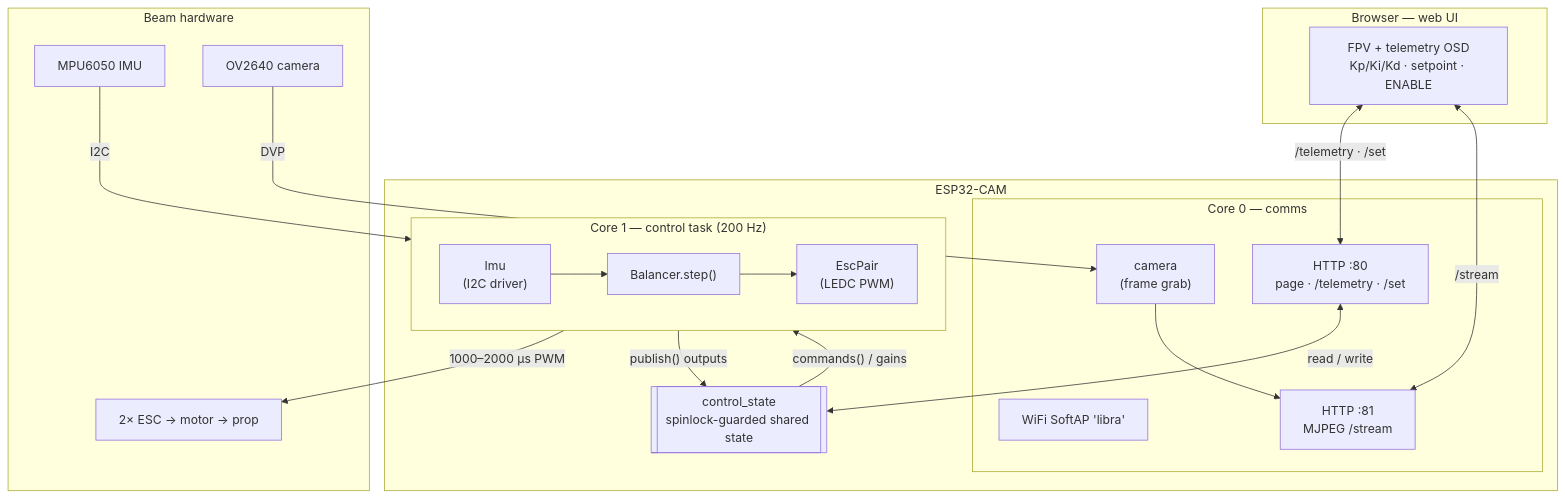
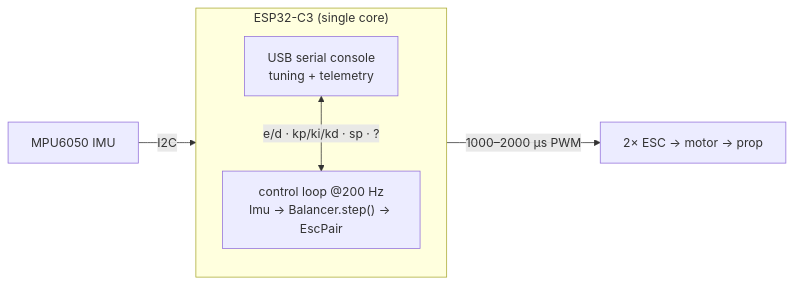
Before and after one commit to lmarqs/libra: the first of 2 diagrams in README.md, drawn with Mermaid. The commit also changed other lines of this file and 15 other files, not shown here.

First line of the commit message:
refactor: drop camera/WiFi/web — single-core ESP32-C3, serial-only

````diff
--- a/README.md
+++ b/README.md
@@ -52,38 +46,11 @@
 ```mermaid
-flowchart TB
-    subgraph beam["Beam hardware"]
-        mpu["MPU6050 IMU"]
-        cam["OV2640 camera"]
-        esc["2× ESC → motor → prop"]
+flowchart LR
+    mpu["MPU6050 IMU"] -->|I2C| loop
+    subgraph c3["ESP32-C3 (single core)"]
+        direction TB
+        loop["control loop @200 Hz<br/>Imu → Balancer.step() → EscPair"]
+        serial["USB serial console<br/>tuning + telemetry"]
+        serial <-->|"e/d · kp/ki/kd · sp · ?"| loop
     end
-
-    subgraph esp["ESP32-CAM"]
-        subgraph core1["Core 1 — control task (200 Hz)"]
-            direction LR
-            imu["Imu<br/>(I2C driver)"] --> bal["Balancer.step()"] --> escpair["EscPair<br/>(LEDC PWM)"]
-        end
-        state[["control_state<br/>spinlock-guarded shared state"]]
-        subgraph core0["Core 0 — comms"]
-            wifi["WiFi SoftAP 'libra'"]
-            camera["camera<br/>(frame grab)"]
-            web80["HTTP :80<br/>page · /telemetry · /set"]
-            web81["HTTP :81<br/>MJPEG /stream"]
-        end
-    end
-
-    subgraph browser["Browser — web UI"]
-        ui["FPV + telemetry OSD<br/>Kp/Ki/Kd · setpoint · ENABLE"]
-    end
-
-    mpu -->|I2C| imu
-    cam -->|DVP| camera
-    escpair -->|"1000–2000 µs PWM"| esc
-
-    bal -->|"publish() outputs"| state
-    state -->|"commands() / gains"| bal
-    web80 <-->|read / write| state
-    camera --> web81
-
-    ui <-->|"/telemetry · /set"| web80
-    ui <-->|"/stream"| web81
+    loop -->|"1000–2000 µs PWM"| esc["2× ESC → motor → prop"]
 ```
````
